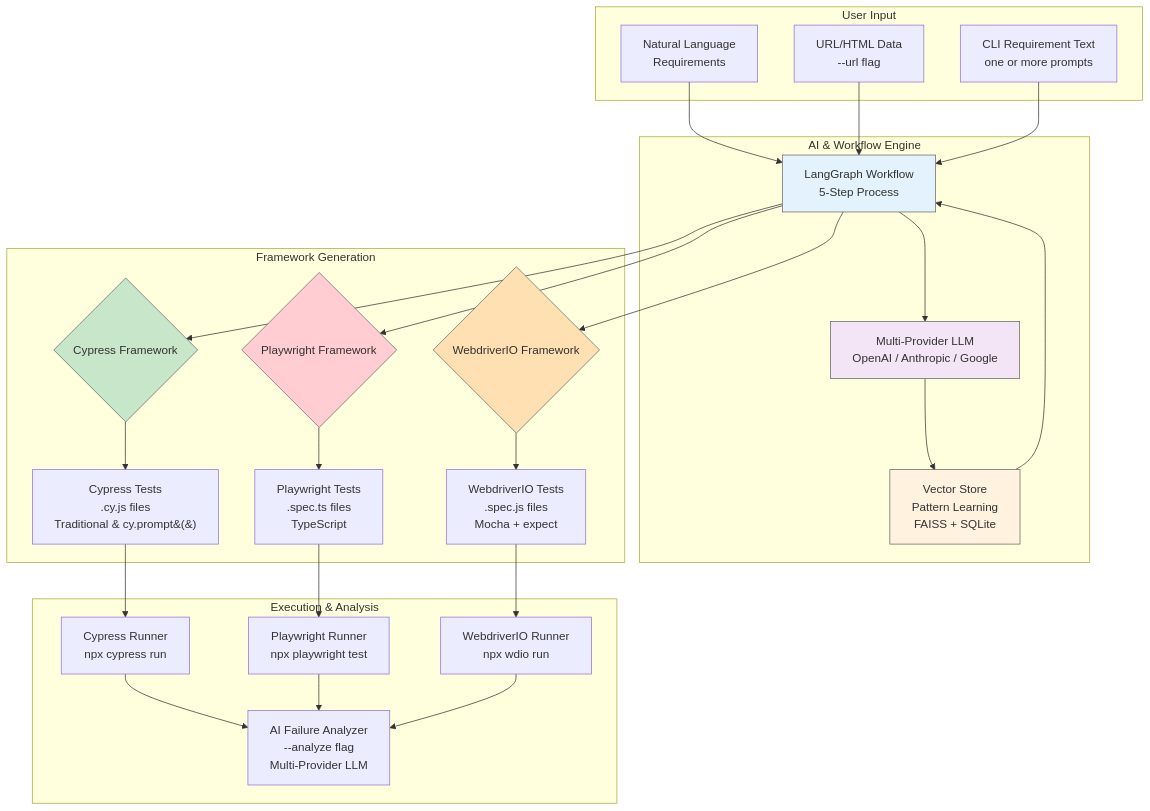
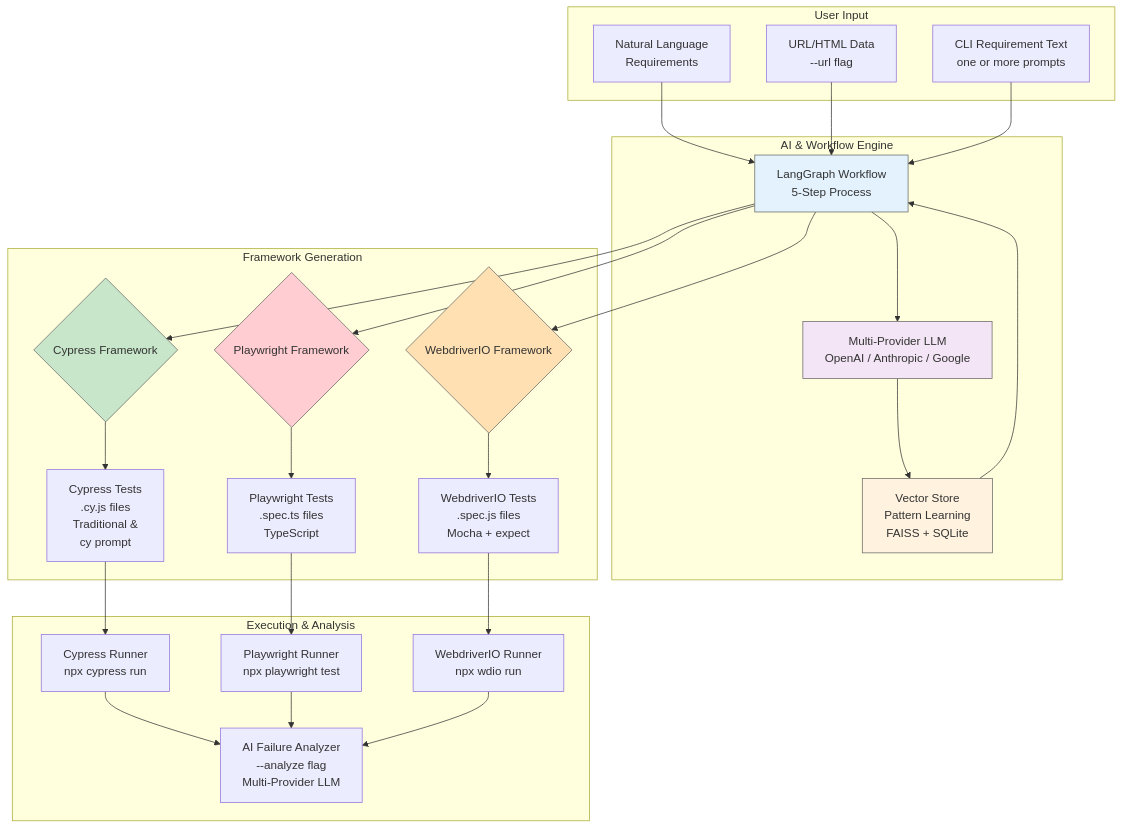
Before and after one commit to aiqualitylab/ai-natural-language-tests: the second of 4 diagrams in README.md, drawn with Mermaid.

Commit message:
fix: update README for clarity on Cypress test file types

````diff
--- a/README.md
+++ b/README.md
@@ -172,56 +172,56 @@
 ```mermaid
 graph TB
     subgraph "User Input"
         A[Natural Language<br/>Requirements]
         B[URL/HTML Data<br/>--url flag]
     C[CLI Requirement Text<br/>one or more prompts]
     end
 
     subgraph "AI & Workflow Engine"
         D[LangGraph Workflow<br/>5-Step Process]
         E[Multi-Provider LLM<br/>OpenAI / Anthropic / Google]
         F[Vector Store<br/>Pattern Learning<br/>FAISS + SQLite]
     end
 
     subgraph "Framework Generation"
         G{Cypress Framework}
         H{Playwright Framework}
         W{WebdriverIO Framework}
-        I[Cypress Tests<br/>.cy.js files<br/>Traditional &amp; cy.prompt&#40;&#41;]
+        I[Cypress Tests<br/>.cy.js files<br/>Traditional & <br/>cy prompt]
         J[Playwright Tests<br/>.spec.ts files<br/>TypeScript]
         X[WebdriverIO Tests<br/>.spec.js files<br/>Mocha + expect]
     end
 
     subgraph "Execution & Analysis"
         K[Cypress Runner<br/>npx cypress run]
         L[Playwright Runner<br/>npx playwright test]
         M[AI Failure Analyzer<br/>--analyze flag<br/>Multi-Provider LLM]
         P[WebdriverIO Runner<br/>npx wdio run]
     end
 
     A --> D
     B --> D
     C --> D
     D --> E
     E --> F
     F --> D
     D --> G
     D --> H
     D --> W
     G --> I
     H --> J
     W --> X
     I --> K
     J --> L
     X --> P
     K --> M
     L --> M
     P --> M
 
     style D fill:#e3f2fd,color:#333333,stroke:#666666
     style E fill:#f3e5f5,color:#333333,stroke:#666666
     style F fill:#fff3e0,color:#333333,stroke:#666666
     style G fill:#c8e6c9,color:#333333,stroke:#666666
     style H fill:#ffcdd2,color:#333333,stroke:#666666
     style W fill:#ffe0b2,color:#333333,stroke:#666666
 ```
````
